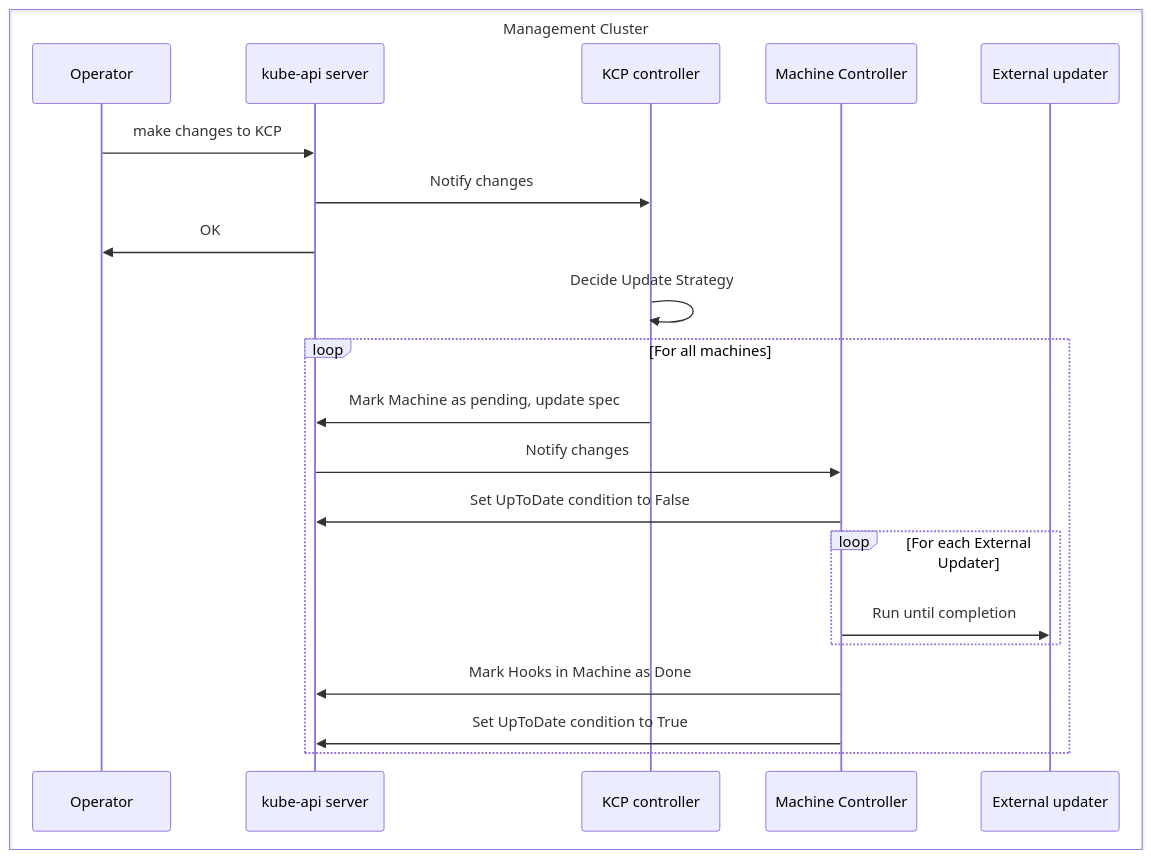
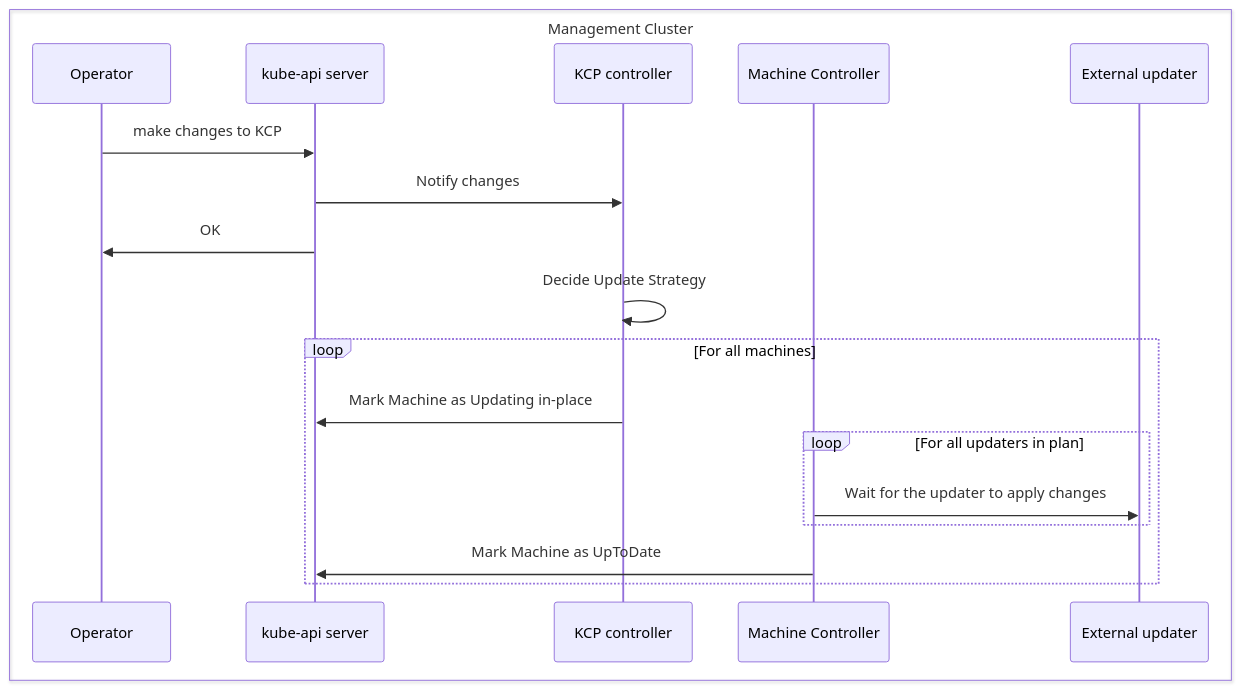
Before and after one commit to kubernetes-sigs/cluster-api: the fourth of 5 diagrams in docs/proposals/20240807-in-place-updates.md, drawn with Mermaid. The commit also changed other lines of this file and 8 other files, not shown here.

````diff
--- a/docs/proposals/20240807-in-place-updates.md
+++ b/docs/proposals/20240807-in-place-updates.md
@@ -305,25 +346,22 @@
 ```mermaid
 sequenceDiagram
 box Management Cluster
     participant Operator
     participant apiserver as kube-api server
     participant capi as KCP controller
     participant mach as Machine Controller
     participant hook as External updater
 end
 
 Operator->>apiserver: make changes to KCP
 apiserver->>capi: Notify changes
 apiserver->>Operator: OK
 capi->>capi: Decide Update Strategy
 loop For all machines
-    capi->>apiserver: Mark Machine as pending, update spec
-    apiserver->>mach: Notify changes
-    mach->>apiserver: Set UpToDate condition to False
-    loop For each External Updater
-        mach->>hook: Run until completion
+    capi->>apiserver: Mark Machine as Updating in-place
+    loop For all updaters in plan
+        mach->>hook: Wait for the updater to apply changes
     end
-    mach->>apiserver: Mark Hooks in Machine as Done
-    mach->>apiserver: Set UpToDate condition to True
+    mach->>apiserver: Mark Machine as UpToDate
 end
 ```
````
